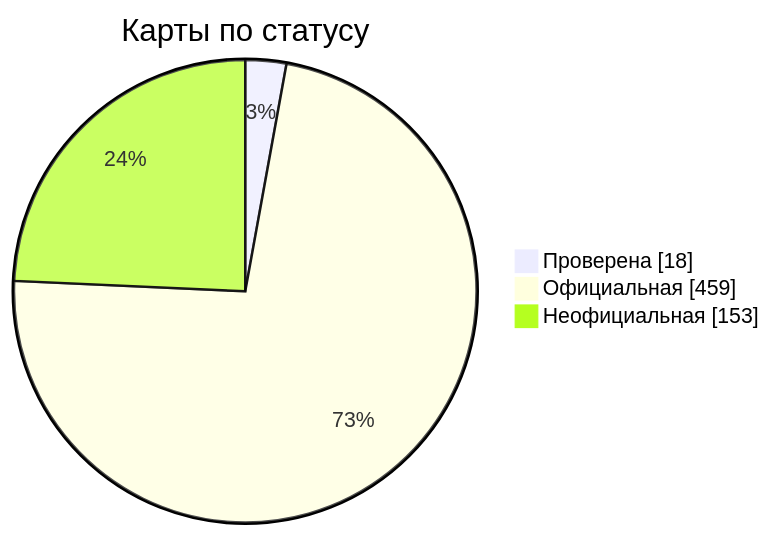
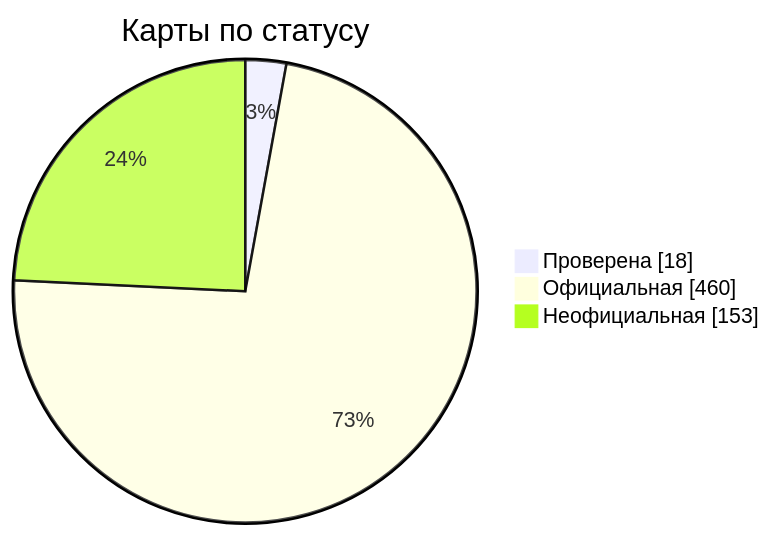
The diagram in docs/readme/README_RU.md (nobrega8/mbmap-library), drawn with Mermaid before and after one commit. The commit also changed 6 other files, not shown here.

````diff
--- a/docs/readme/README_RU.md
+++ b/docs/readme/README_RU.md
@@ -54,7 +54,7 @@
 ```mermaid
 pie showData
     title Карты по статусу
     "Проверена" : 18
-    "Официальная" : 459
+    "Официальная" : 460
     "Неофициальная" : 153
 ```
````
